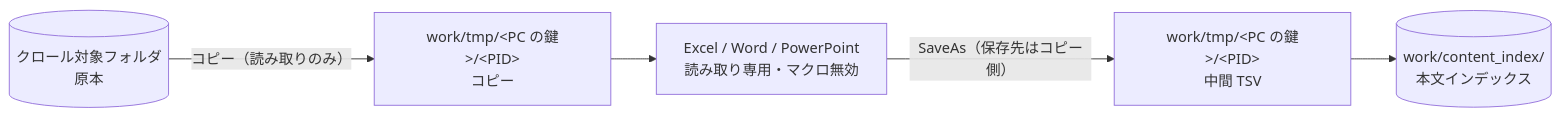
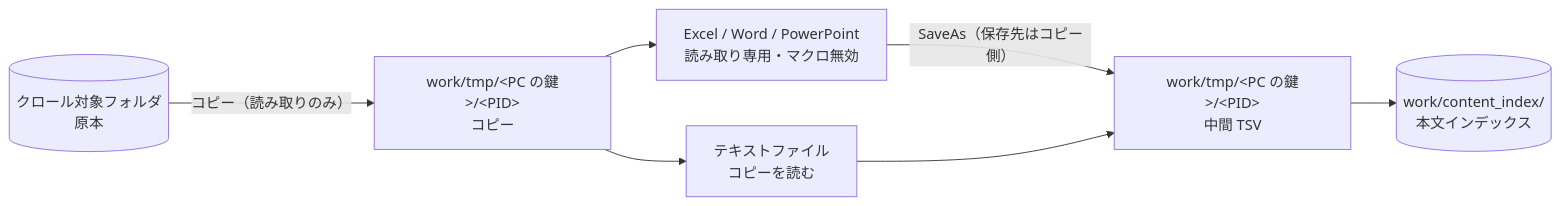
The diagram in docs/safety/file-access.md (hsgwa/tebunko), drawn with Mermaid before and after one commit. The commit also changed other lines of this file and 9 other files, not shown here.

````diff
--- a/docs/safety/file-access.md
+++ b/docs/safety/file-access.md
@@ -71,13 +71,16 @@
 ```mermaid
 flowchart LR
     src[("クロール対象フォルダ<br>原本")]
     copy["work/tmp/#lt;PC の鍵#gt;/#lt;PID#gt;<br>コピー"]
     office["Excel / Word / PowerPoint<br>読み取り専用・マクロ無効"]
+    text["テキストファイル<br>コピーを読む"]
     tsv["work/tmp/#lt;PC の鍵#gt;/#lt;PID#gt;<br>中間 TSV"]
     idx[("work/content_index/<br>本文インデックス")]
 
     src -- "コピー（読み取りのみ）" --> copy
     copy --> office
+    copy --> text
     office -- "SaveAs（保存先はコピー側）" --> tsv
+    text --> tsv
     tsv --> idx
 ```
````
